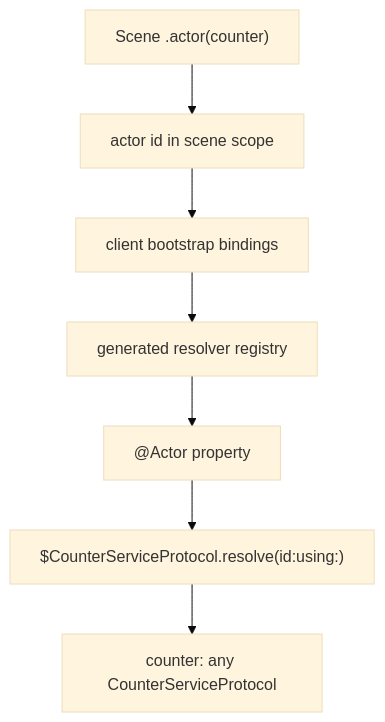
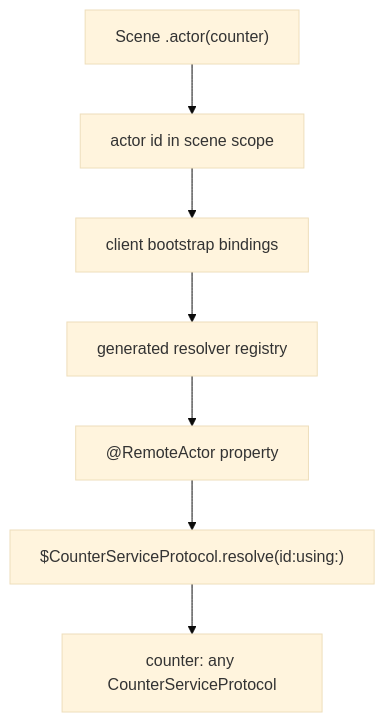
One commit to 1amageek/swift-web changed the eighth of 11 diagrams in Sources/SwiftWebRuntime/Core/README.md. Above: the diagram before and after it, drawn with Mermaid (base theme). The commit also changed other lines of this file and 18 other files, not shown here.

````diff
--- a/Sources/SwiftWebRuntime/Core/README.md
+++ b/Sources/SwiftWebRuntime/Core/README.md
@@ -413,9 +413,9 @@
 ```mermaid
 flowchart TD
   A["Scene .actor(counter)"] --> B["actor id in scene scope"]
   B --> C["client bootstrap bindings"]
   C --> D["generated resolver registry"]
-  D --> E["@Actor property"]
+  D --> E["@RemoteActor property"]
   E --> F["$CounterServiceProtocol.resolve(id:using:)"]
   F --> G["counter: any CounterServiceProtocol"]
 ```
````
